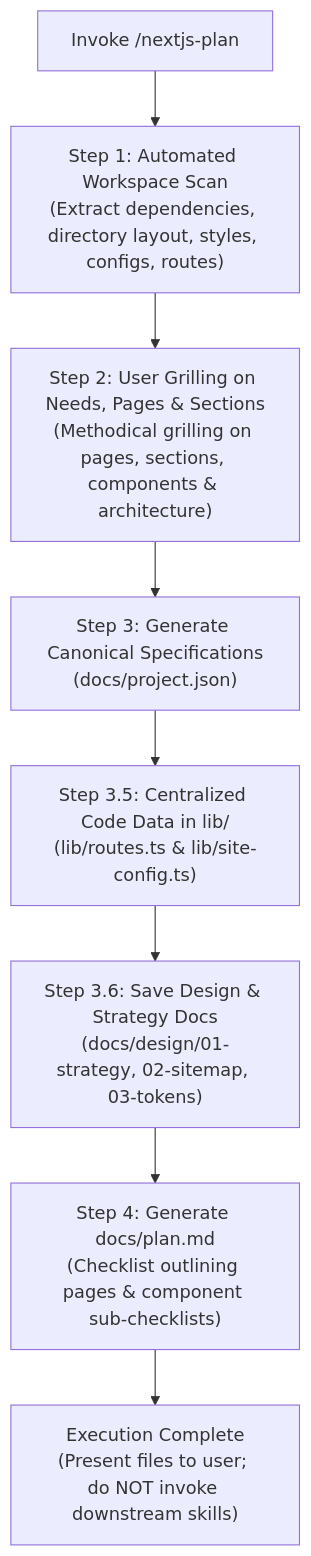
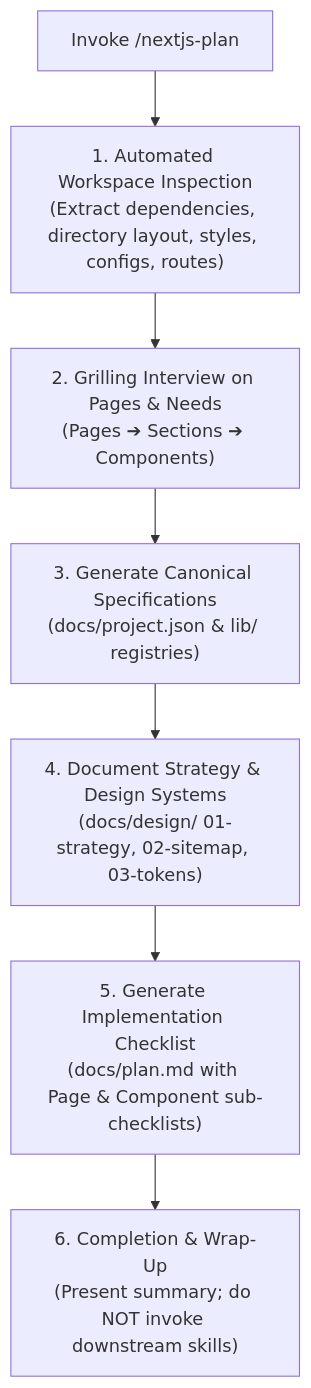
One commit to BIGboss248/aminwebsite changed the diagram in .agents/skills/nextjs-plan/SKILL.md. Above: the diagram before and after it, drawn with Mermaid. The commit also changed other lines of this file and 11 other files, not shown here.

Commit message:
chore: nextjs-plan formatted

````diff
--- a/.agents/skills/nextjs-plan/SKILL.md
+++ b/.agents/skills/nextjs-plan/SKILL.md
@@ -20,10 +18,9 @@
 ```mermaid
 flowchart TD
-    Invoke["Invoke /nextjs-plan"] --> Step1["Step 1: Automated Workspace Scan<br/>(Extract dependencies, directory layout, styles, configs, routes)"]
-    Step1 --> Step2["Step 2: User Grilling on Needs, Pages & Sections<br/>(Methodical grilling on pages, sections, components & architecture)"]
-    Step2 --> Step3["Step 3: Generate Canonical Specifications<br/>(docs/project.json)"]
-    Step3 --> Step35["Step 3.5: Centralized Code Data in lib/<br/>(lib/routes.ts & lib/site-config.ts)"]
-    Step35 --> Step36["Step 3.6: Save Design & Strategy Docs<br/>(docs/design/01-strategy, 02-sitemap, 03-tokens)"]
-    Step36 --> Step4["Step 4: Generate docs/plan.md<br/>(Checklist outlining pages & component sub-checklists)"]
-    Step4 --> Complete["Execution Complete<br/>(Present files to user; do NOT invoke downstream skills)"]
+    Invoke["Invoke /nextjs-plan"] --> Step1["1. Automated Workspace Inspection<br/>(Extract dependencies, directory layout, styles, configs, routes)"]
+    Step1 --> Step2["2. Grilling Interview on Pages & Needs<br/>(Pages ➔ Sections ➔ Components)"]
+    Step2 --> Step3["3. Generate Canonical Specifications<br/>(docs/project.json & lib/ registries)"]
+    Step3 --> Step4["4. Document Strategy & Design Systems<br/>(docs/design/ 01-strategy, 02-sitemap, 03-tokens)"]
+    Step4 --> Step5["5. Generate Implementation Checklist<br/>(docs/plan.md with Page & Component sub-checklists)"]
+    Step5 --> Step6["6. Completion & Wrap-Up<br/>(Present summary; do NOT invoke downstream skills)"]
 ```
````
